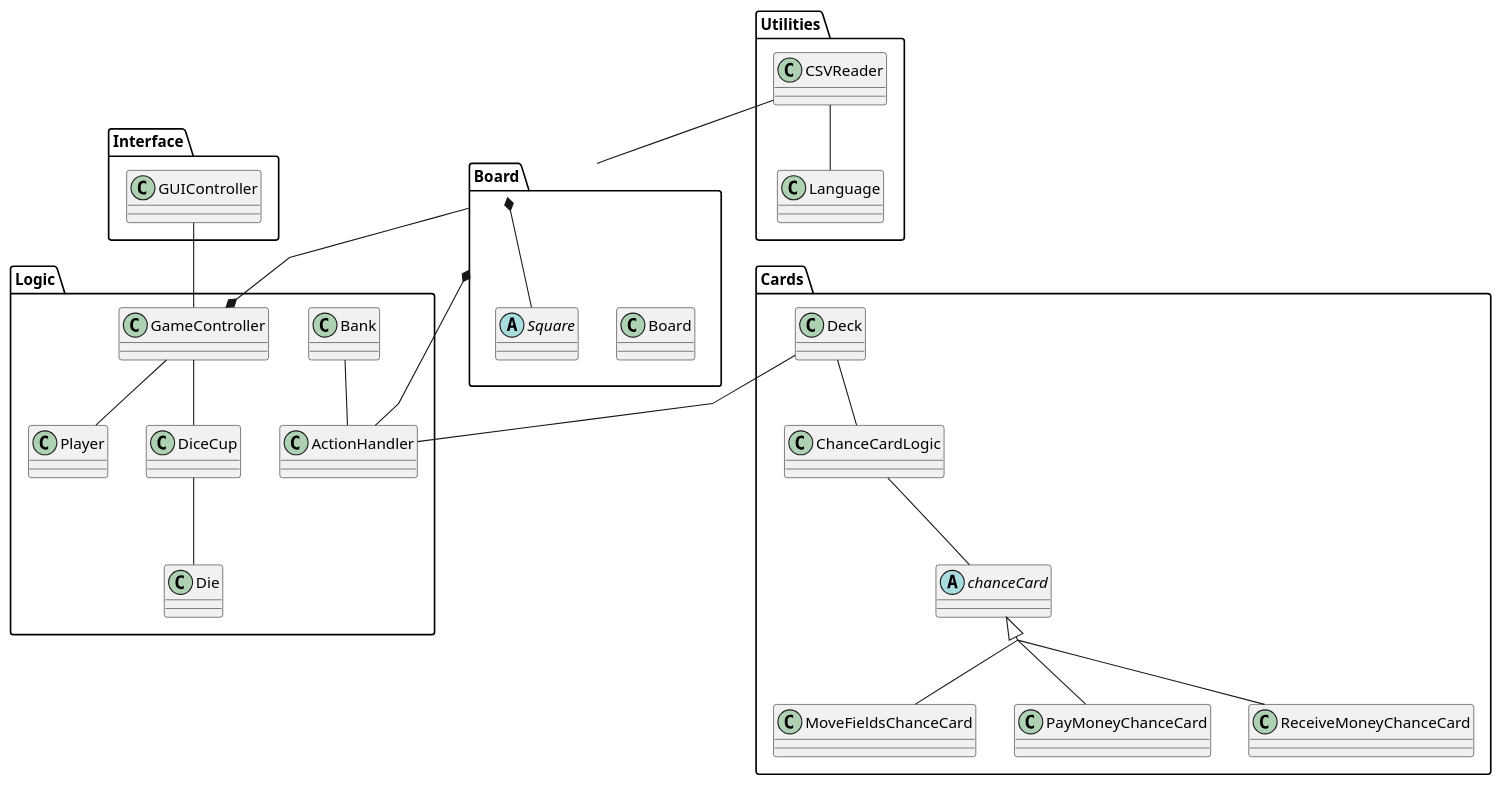
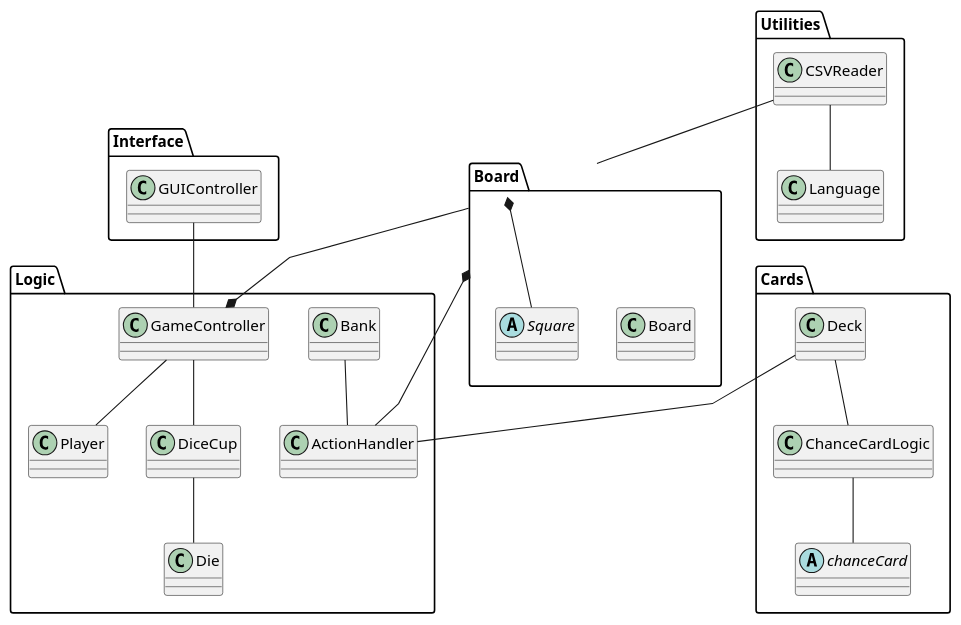
The diagram in diagrams/Design_Class_Diagram_Without_Relations.puml (Greve2001/CDIO-final), drawn with PlantUML before and after one commit.

```diff
--- a/diagrams/Design_Class_Diagram_Without_Relations.puml
+++ b/diagrams/Design_Class_Diagram_Without_Relations.puml
@@ -1,90 +1,80 @@
 @startuml
 'https://plantuml.com/class-diagram
 skinparam groupInheritance 2
 
 skinparam linetype polyline
 
 package Board
 {
      class Board {
     }
      abstract class Square {
      }
 }
 package Cards
 {
    abstract class chanceCard{
    }
    class Deck{
    }
    class ChanceCardLogic{
    }
-   class MoveFieldsChanceCard{
 
-   }
-   class PayMoneyChanceCard{
-
-   }
-   class ReceiveMoneyChanceCard{
-
-   }
 }
 
 package Logic{
      class Player{
      }
      class Die {
      }
 
      class DiceCup {
      }
      class Bank {
      }
      class ActionHandler {
      }
      class GameController {
      }
 }
 package Interface{
 class GUIController{
 
 }
 
 }
 package Utilities
 {
   class CSVReader{
   }
   class Language{
   }
 }
 
 
 
 GameController -u- GUIController
 Bank -- ActionHandler
 GameController -- DiceCup
 DiceCup -- Die
 GameController -d- Player
 
 ActionHandler -u- Deck
 GameController *-u- Board
 Board *-d- Square
 
 
 Deck -- ChanceCardLogic
 ChanceCardLogic -- chanceCard
-chanceCard <|-- MoveFieldsChanceCard
-chanceCard <|-- PayMoneyChanceCard
-chanceCard <|-- ReceiveMoneyChanceCard
+
 
 Board -u- CSVReader
 Board *- ActionHandler
 CSVReader -- Language
 
 
 
 
 
 
 @enduml
```
